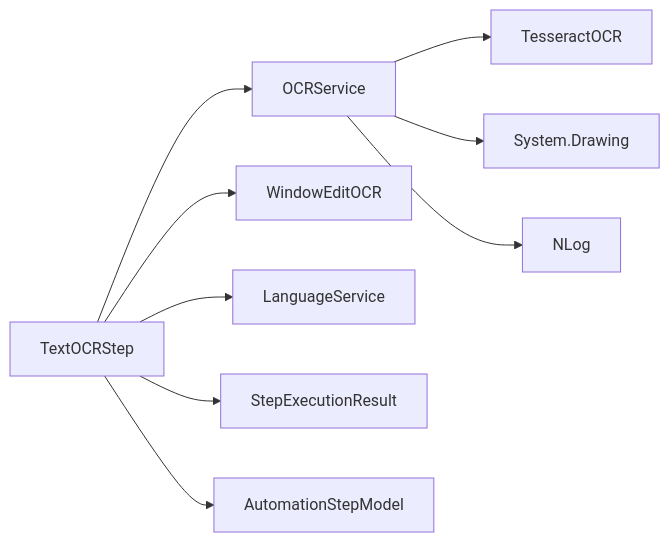
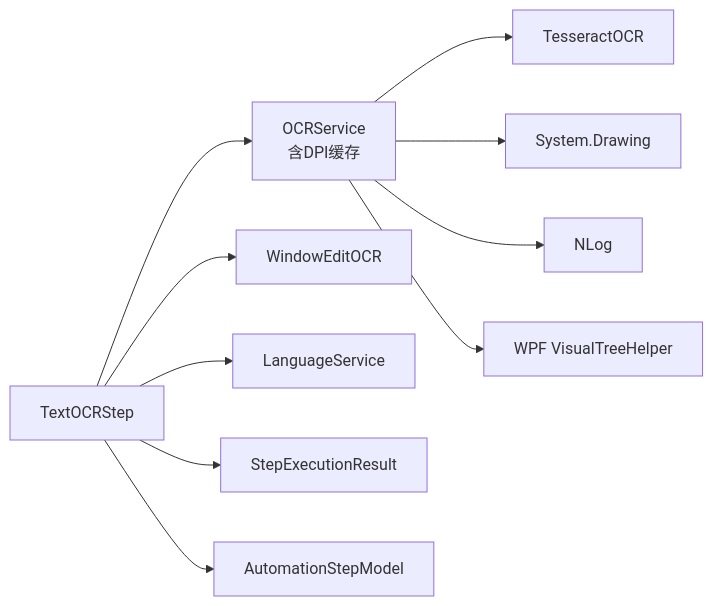
One commit to yooxii/ShaoLuAuto changed the seventh of 7 diagrams in .qoder/repowiki/zh/content/图像识别引擎/OCR文字识别.md. Above: the diagram before and after it, drawn with Mermaid. The commit also changed other lines of this file and 45 other files, not shown here.

````diff
--- a/.qoder/repowiki/zh/content/图像识别引擎/OCR文字识别.md
+++ b/.qoder/repowiki/zh/content/图像识别引擎/OCR文字识别.md
@@ -258,11 +291,12 @@
 ```mermaid
 graph LR
-TOS["TextOCRStep"] --> OCS["OCRService"]
+TOS["TextOCRStep"] --> OCS["OCRService<br/>含DPI缓存"]
 TOS --> WOC["WindowEditOCR"]
 TOS --> LGS["LanguageService"]
 TOS --> SER["StepExecutionResult"]
 TOS --> ASM["AutomationStepModel"]
 OCS --> TOC["TesseractOCR"]
 OCS --> SD["System.Drawing"]
 OCS --> NL["NLog"]
+OCS --> WPF["WPF VisualTreeHelper"]
 ```
````
